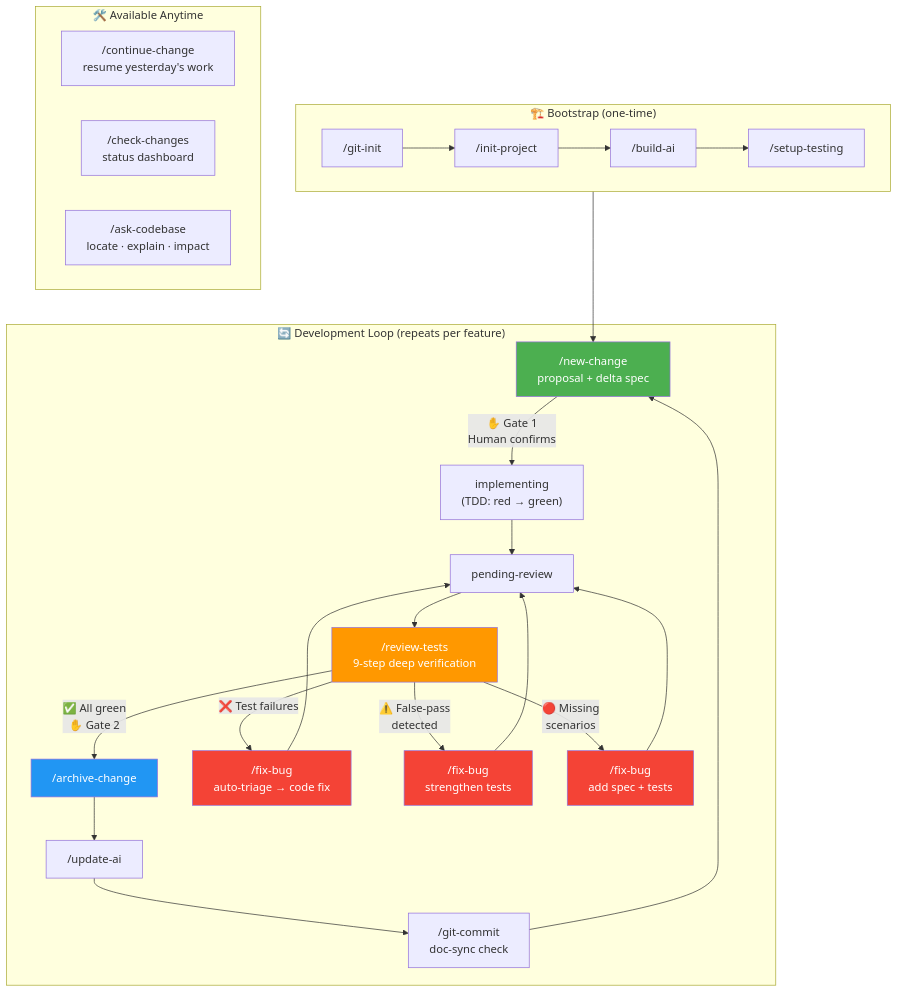
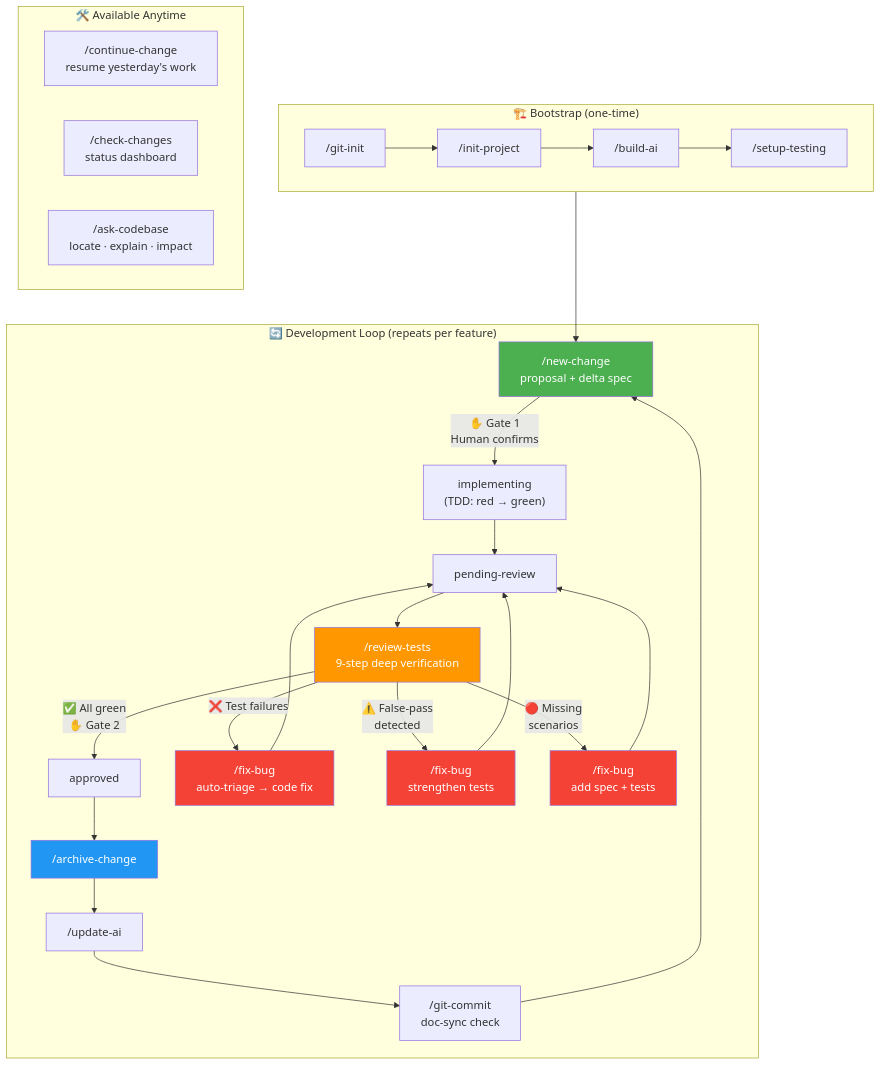
One commit to icelemon-czy/project-compass changed the second of 4 diagrams in README.md. Above: the diagram before and after it, drawn with Mermaid. The commit also changed other lines of this file and 13 other files, not shown here.

First line of the commit message:
docs(workflow): align approved and archive states

````diff
--- a/README.md
+++ b/README.md
@@ -393,43 +393,46 @@
 ```mermaid
 flowchart TD
     subgraph Bootstrap["🏗️ Bootstrap (one-time)"]
         GI["/git-init"] --> IP["/init-project"]
         IP --> BA["/build-ai"]
         BA --> ST["/setup-testing"]
     end
 
     subgraph DevLoop["🔄 Development Loop (repeats per feature)"]
         NC["/new-change<br/>proposal + delta spec"]
         NC -->|"✋ Gate 1<br/>Human confirms"| IMPL["implementing<br/>(TDD: red → green)"]
         IMPL --> PR["pending-review"]
         PR --> RT["/review-tests<br/>9-step deep verification"]
+        AP["approved"]
 
-        RT -->|"✅ All green<br/>✋ Gate 2"| AC["/archive-change"]
+        RT -->|"✅ All green<br/>✋ Gate 2"| AP
         RT -->|"❌ Test failures"| FB1["/fix-bug<br/>auto-triage → code fix"]
         RT -->|"⚠️ False-pass<br/>detected"| FB2["/fix-bug<br/>strengthen tests"]
         RT -->|"🔴 Missing<br/>scenarios"| FB3["/fix-bug<br/>add spec + tests"]
 
         FB1 --> PR
         FB2 --> PR
         FB3 --> PR
+
+        AP --> AC["/archive-change"]
 
         AC --> UA["/update-ai"]
         UA --> GC["/git-commit<br/>doc-sync check"]
     end
 
     subgraph Utility["🛠️ Available Anytime"]
         CC["/continue-change<br/>resume yesterday's work"]
         CK["/check-changes<br/>status dashboard"]
         AQ["/ask-codebase<br/>locate · explain · impact"]
     end
 
     Bootstrap --> NC
     GC --> NC
 
     style NC fill:#4CAF50,color:#fff
     style RT fill:#FF9800,color:#fff
     style AC fill:#2196F3,color:#fff
     style FB1 fill:#f44336,color:#fff
     style FB2 fill:#f44336,color:#fff
     style FB3 fill:#f44336,color:#fff
 ```
````
